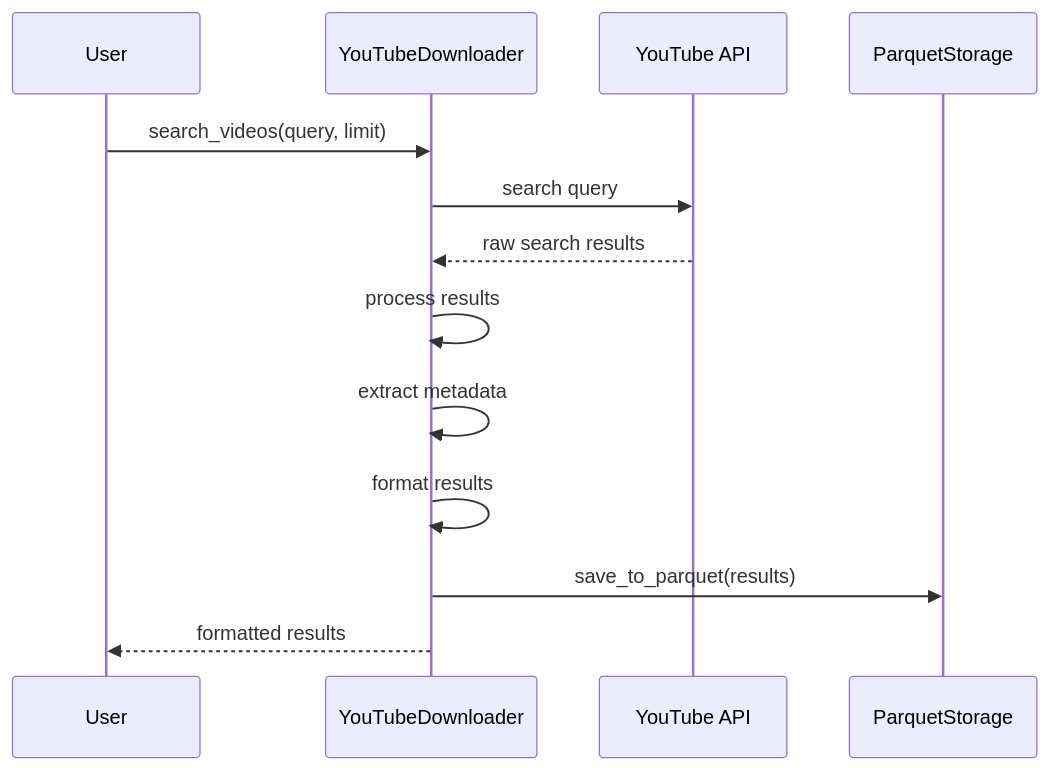
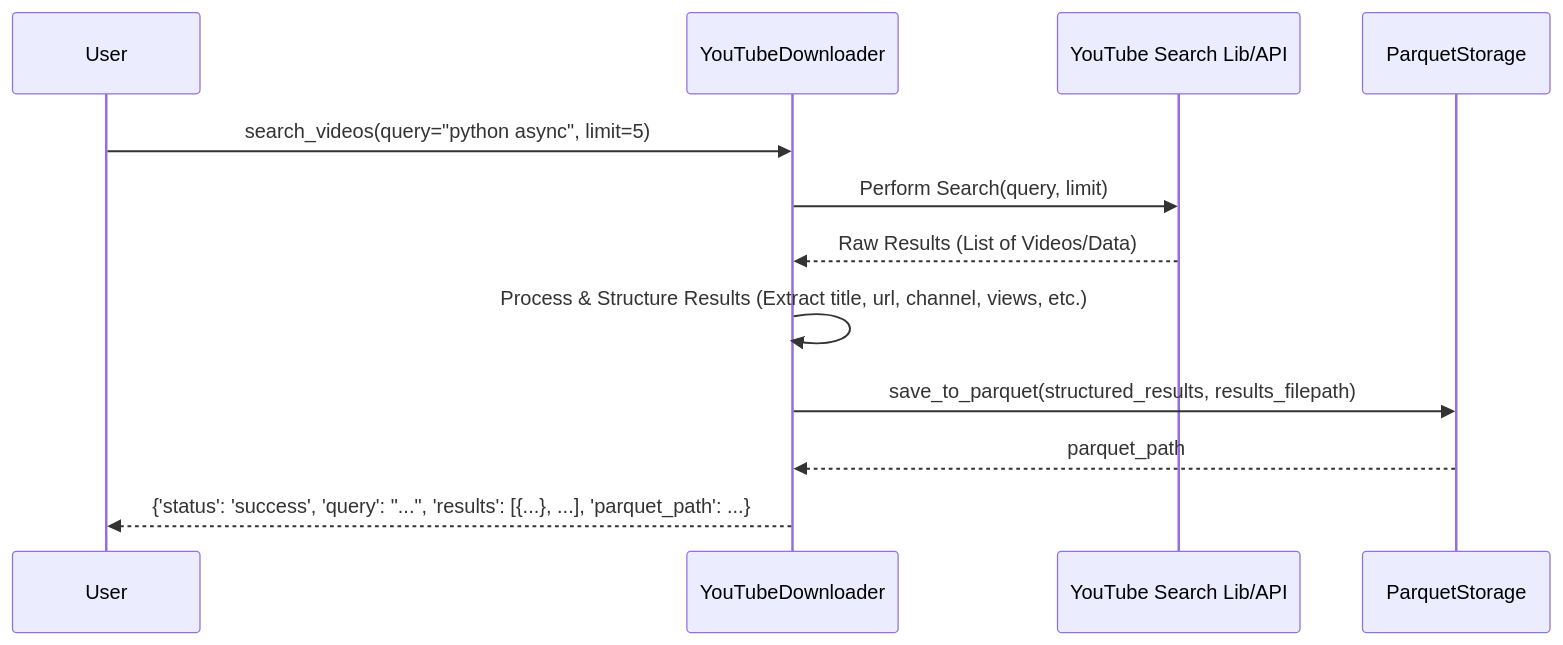
Before and after one commit to Ollama-Agent-Roll-Cage/oarc-crawlers: the eighth of 25 diagrams in docs/Crawlers.md, drawn with Mermaid. The commit also changed other lines of this file and 9 other files, not shown here.

````diff
--- a/docs/Crawlers.md
+++ b/docs/Crawlers.md
@@ -283,19 +287,15 @@
 ```mermaid
 sequenceDiagram
     participant User
     participant YTD as YouTubeDownloader
-    participant YT as YouTube API
-    participant PS as ParquetStorage
-    
-    User->>YTD: search_videos(query, limit)
-    YTD->>YT: search query
-    YT-->>YTD: raw search results
-    
-    YTD->>YTD: process results
-    YTD->>YTD: extract metadata
-    YTD->>YTD: format results
-    
-    YTD->>PS: save_to_parquet(results)
-    
-    YTD-->>User: formatted results
+    participant SearchLib as YouTube Search Lib/API
+    participant ParquetStore as ParquetStorage
+
+    User->>YTD: search_videos(query="python async", limit=5)
+    YTD->>SearchLib: Perform Search(query, limit)
+    SearchLib-->>YTD: Raw Results (List of Videos/Data)
+    YTD->>YTD: Process & Structure Results (Extract title, url, channel, views, etc.)
+    YTD->>ParquetStore: save_to_parquet(structured_results, results_filepath)
+    ParquetStore-->>YTD: parquet_path
+    YTD-->>User: {'status': 'success', 'query': "...", 'results': [{...}, ...], 'parquet_path': ...}
 ```
````
